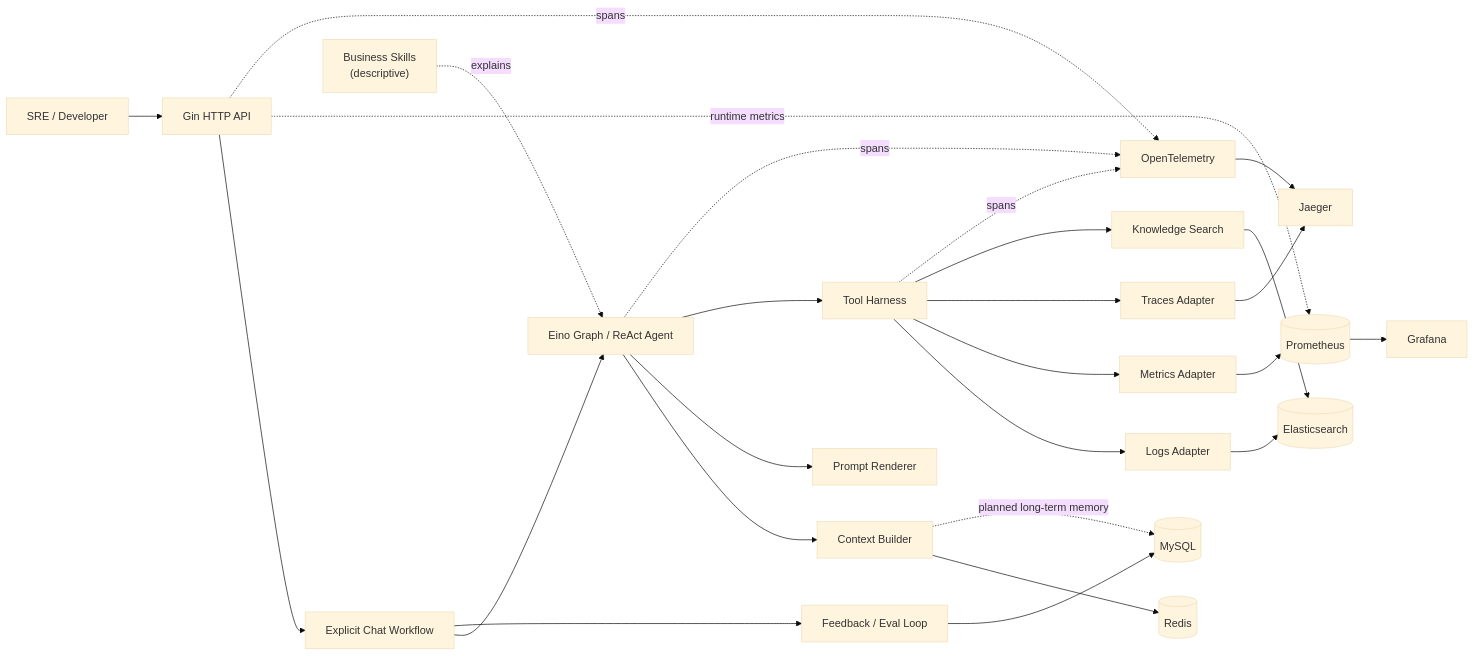
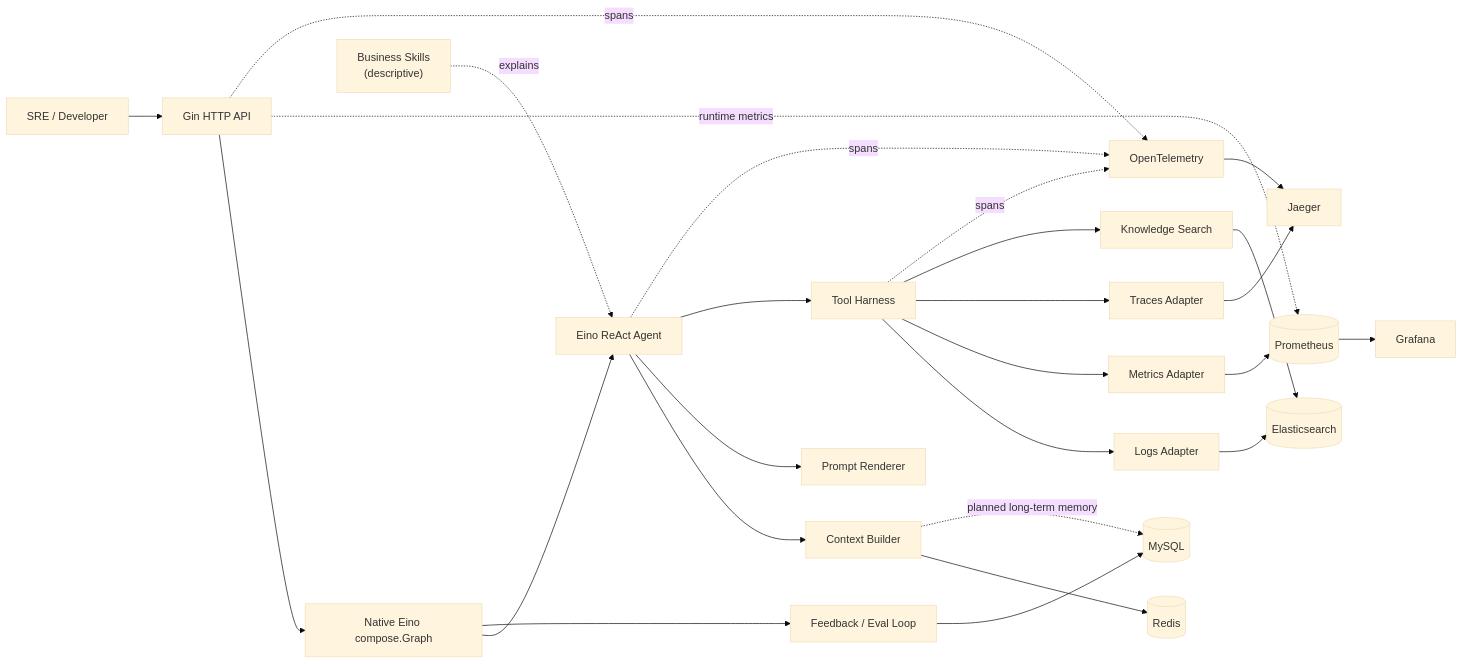
One commit to jiawei-wang-dev/WatchOps-Lite changed the first of 3 diagrams in docs/ARCHITECTURE.md. Above: the diagram before and after it, drawn with Mermaid (base theme). The commit also changed other lines of this file and 14 other files, not shown here.

Commit message:
refactor: use native Eino graph orchestration

````diff
--- a/docs/ARCHITECTURE.md
+++ b/docs/ARCHITECTURE.md
@@ -7,28 +7,28 @@
 ```mermaid
 flowchart LR
     U["SRE / Developer"] --> API["Gin HTTP API"]
-    API --> APP["Explicit Chat Workflow"]
-    APP --> AGENT["Eino Graph / ReAct Agent"]
+    API --> APP["Native Eino compose.Graph"]
+    APP --> AGENT["Eino ReAct Agent"]
     SKILLS["Business Skills<br/>(descriptive)"] -. explains .-> AGENT
     AGENT --> CTX["Context Builder"]
     AGENT --> PROMPT["Prompt Renderer"]
     AGENT --> HARNESS["Tool Harness"]
     HARNESS --> LOGS["Logs Adapter"]
     HARNESS --> METRICS["Metrics Adapter"]
     HARNESS --> TRACES["Traces Adapter"]
     HARNESS --> RAG["Knowledge Search"]
     CTX --> REDIS[("Redis")]
     CTX -. planned long-term memory .-> MYSQL[("MySQL")]
     RAG --> ES[("Elasticsearch")]
     LOGS --> ES
     METRICS --> PROM[("Prometheus")]
     API -. runtime metrics .-> PROM
     PROM --> GRAFANA["Grafana"]
     TRACES --> JAEGER
     APP --> FEEDBACK["Feedback / Eval Loop"]
     FEEDBACK --> MYSQL
     API -. spans .-> OTEL["OpenTelemetry"]
     AGENT -. spans .-> OTEL
     HARNESS -. spans .-> OTEL
     OTEL --> JAEGER["Jaeger"]
 ```
````
